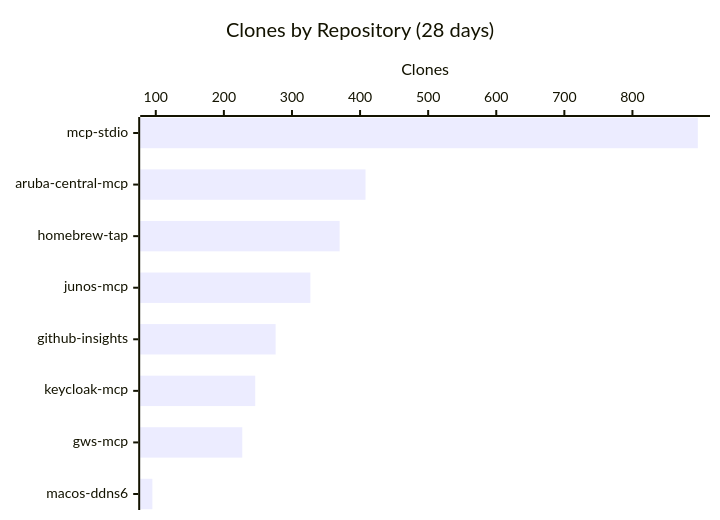
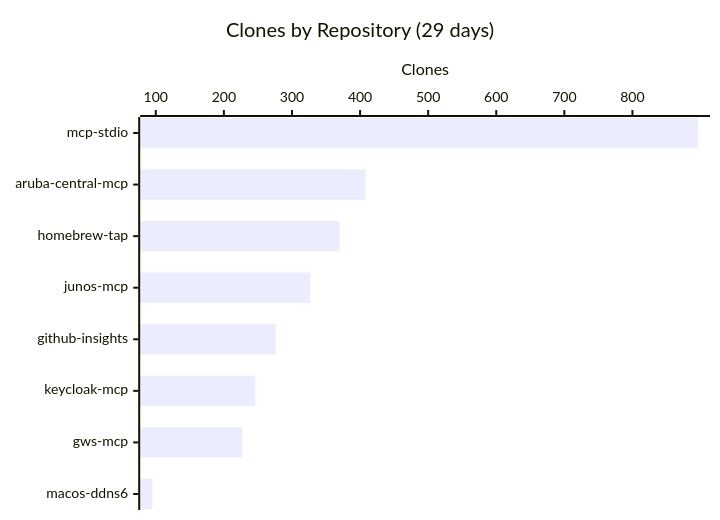
Before and after one commit to shigechika/github-insights: the third of 3 diagrams in README.md, drawn with Mermaid. The commit also changed other lines of this file and 1 other file, not shown here.

````diff
--- a/README.md
+++ b/README.md
@@ -32,7 +32,7 @@
 ```mermaid
 xychart-beta horizontal
-    title "Clones by Repository (28 days)"
+    title "Clones by Repository (29 days)"
     x-axis ["mcp-stdio", "aruba-central-mcp", "homebrew-tap", "junos-mcp", "github-insights", "keycloak-mcp", "gws-mcp", "macos-ddns6"]
     y-axis "Clones"
     bar [896, 408, 370, 327, 276, 246, 227, 95]
 ```
````
